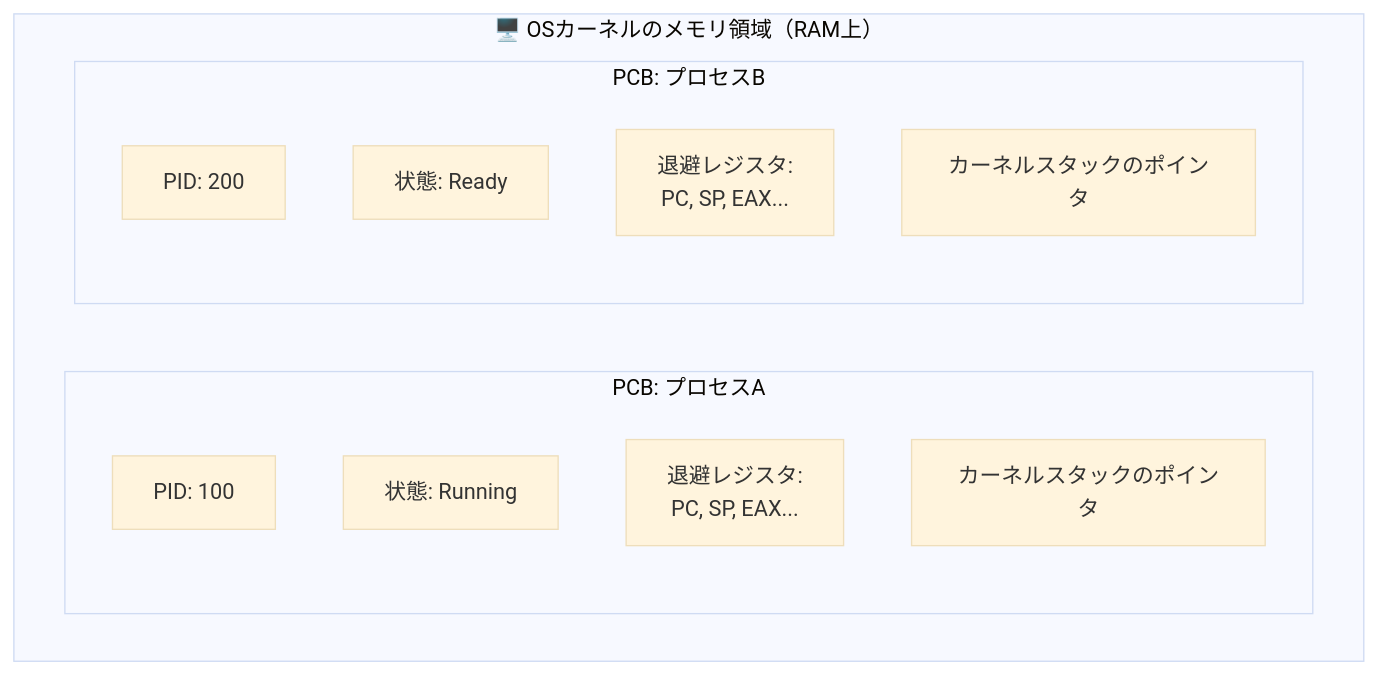
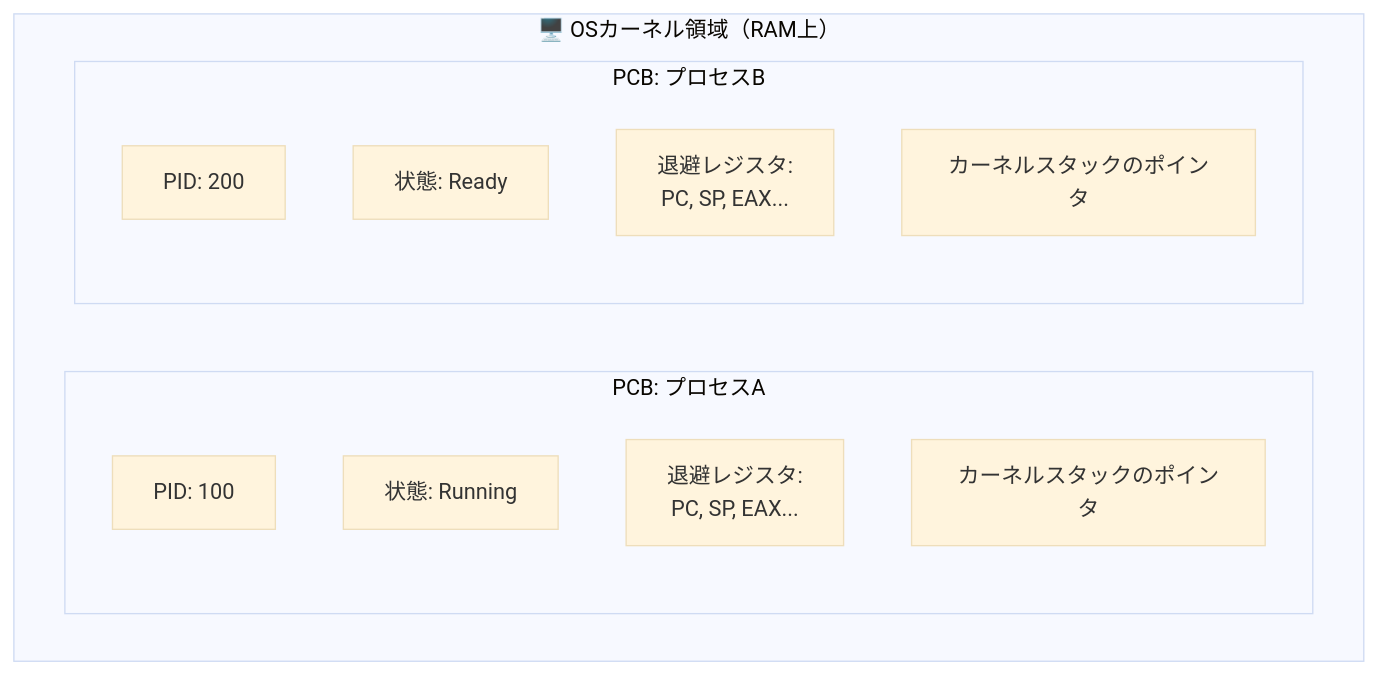
One commit to tonton-k37/study-notes changed the fifth of 7 diagrams in three-easy-pieces-note/06.md. Above: the diagram before and after it, drawn with Mermaid (base theme). The commit also changed other lines of this file and 33 other files, not shown here.

````diff
--- a/three-easy-pieces-note/06.md
+++ b/three-easy-pieces-note/06.md
@@ -221,17 +224,17 @@
 ```mermaid
 graph TD
-    subgraph KERNEL["🖥️ OSカーネルのメモリ領域（RAM上）"]
+    subgraph KERNEL["🖥️ OSカーネル領域（RAM上）"]
         subgraph PCB_A["PCB: プロセスA"]
             PID_A["PID: 100"]
             STATE_A["状態: Running"]
             REG_A["退避レジスタ:<br/>PC, SP, EAX..."]
             KSTACK_A["カーネルスタックのポインタ"]
         end
         subgraph PCB_B["PCB: プロセスB"]
             PID_B["PID: 200"]
             STATE_B["状態: Ready"]
             REG_B["退避レジスタ:<br/>PC, SP, EAX..."]
             KSTACK_B["カーネルスタックのポインタ"]
         end
     end
 ```
````
